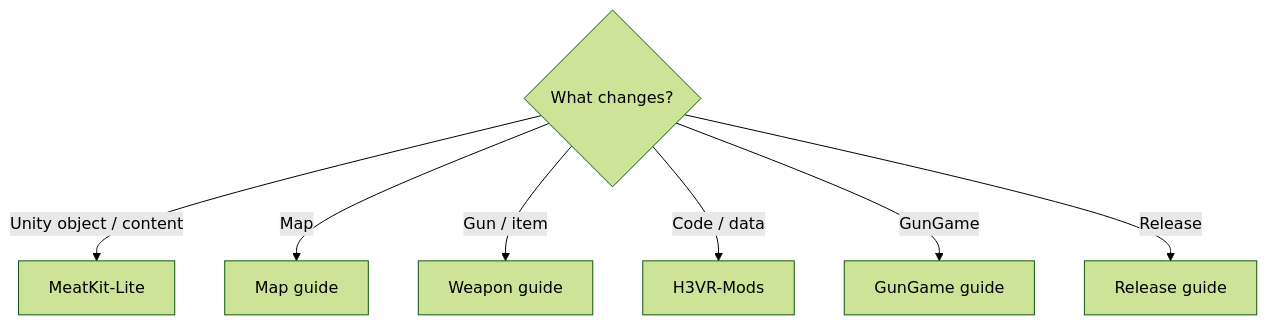
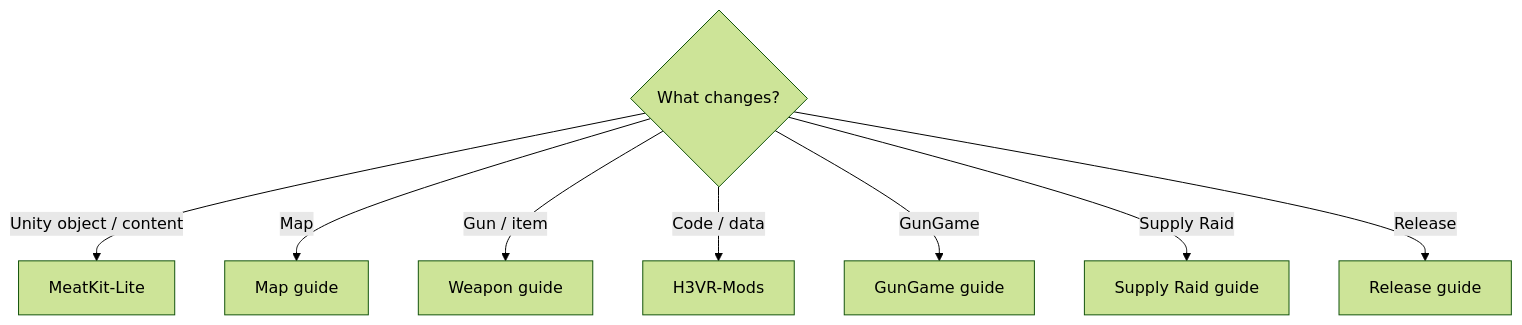
The diagram in docs/start-here.md (haohlin/H3VR-modding-handbook), drawn with Mermaid (forest theme) before and after one commit. The commit also changed other lines of this file and 8 other files, not shown here.

Commit message:
docs: add Supply Raid map route

```diff
--- a/docs/start-here.md
+++ b/docs/start-here.md
@@ -15,10 +16,11 @@
 ~~~mermaid
 flowchart TD
   choose{What changes?}
   choose -->|Unity object / content| unity[MeatKit-Lite]
   choose -->|Map| maps[Map guide]
   choose -->|Gun / item| weapon[Weapon guide]
   choose -->|Code / data| code[H3VR-Mods]
   choose -->|GunGame| game[GunGame guide]
+  choose -->|Supply Raid| supplyraid[Supply Raid guide]
   choose -->|Release| release[Release guide]
 ~~~
```
